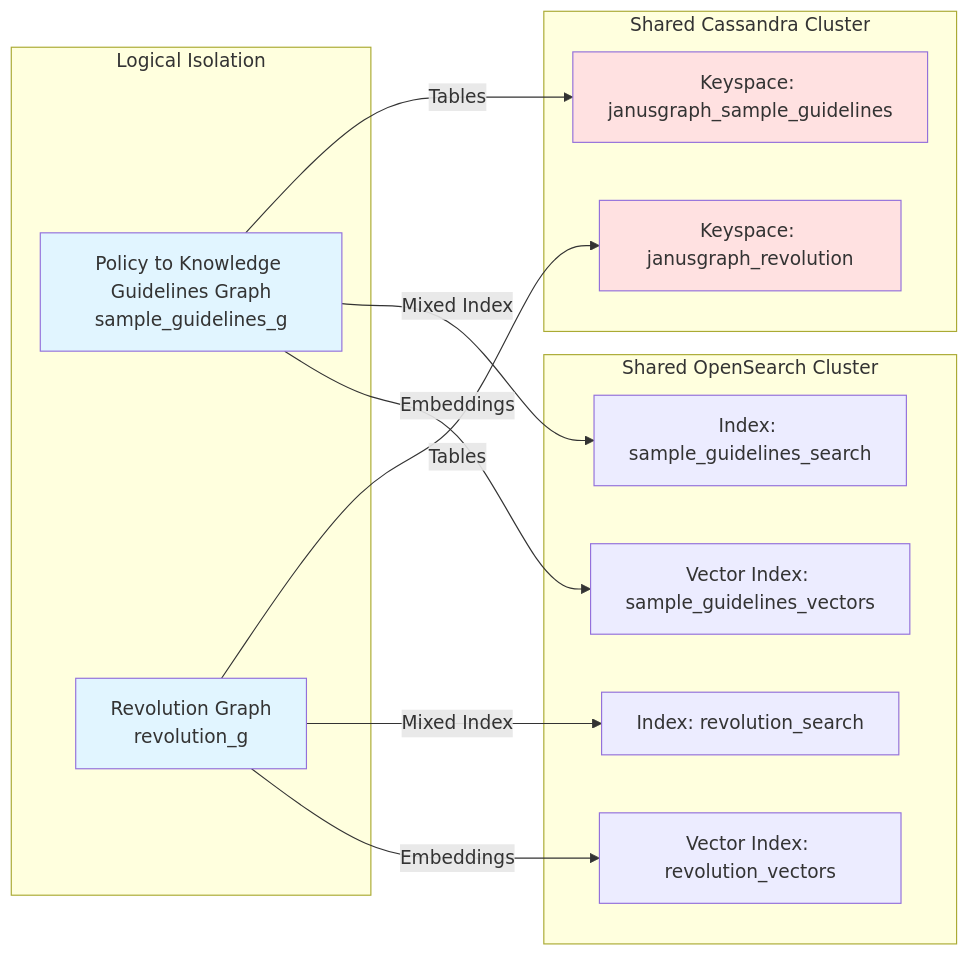
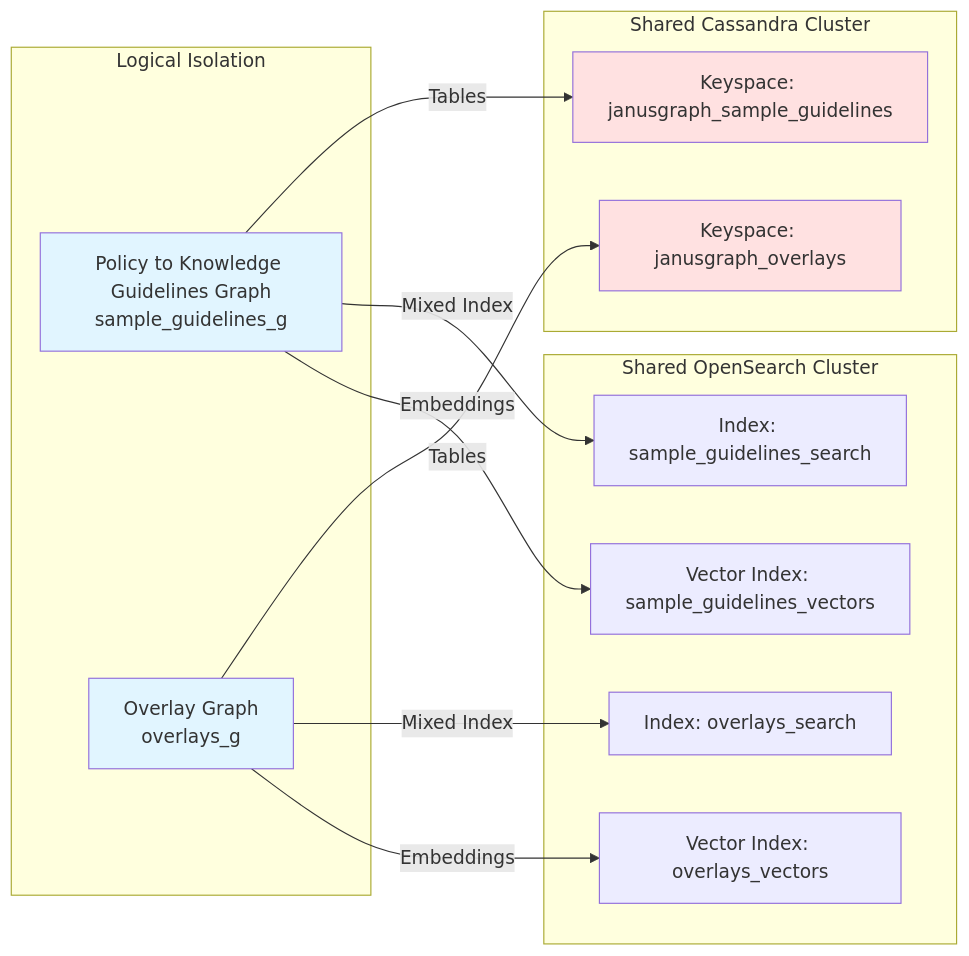
Before and after one commit to rrahimi-uci/policy-to-knowledge: the third of 5 diagrams in assistant/architecture.md, drawn with Mermaid. The commit also changed other lines of this file and 30 other files, not shown here.

````diff
--- a/assistant/architecture.md
+++ b/assistant/architecture.md
@@ -193,31 +193,31 @@
 ```mermaid
 graph LR
     subgraph "Logical Isolation"
         JG[Policy to Knowledge Guidelines Graph<br/>sample_guidelines_g]
-        RG[Revolution Graph<br/>revolution_g]
+        RG[Overlay Graph<br/>overlays_g]
     end
     
     subgraph "Shared Cassandra Cluster"
         KS1[Keyspace: janusgraph_sample_guidelines]
-        KS2[Keyspace: janusgraph_revolution]
+        KS2[Keyspace: janusgraph_overlays]
     end
     
     subgraph "Shared OpenSearch Cluster"
         IDX1[Index: sample_guidelines_search]
-        IDX2[Index: revolution_search]
+        IDX2[Index: overlays_search]
         VIDX1[Vector Index: sample_guidelines_vectors]
-        VIDX2[Vector Index: revolution_vectors]
+        VIDX2[Vector Index: overlays_vectors]
     end
     
     JG -->|Tables| KS1
     RG -->|Tables| KS2
     JG -->|Mixed Index| IDX1
     RG -->|Mixed Index| IDX2
     JG -->|Embeddings| VIDX1
     RG -->|Embeddings| VIDX2
     
     style JG fill:#e1f5ff
     style RG fill:#e1f5ff
     style KS1 fill:#ffe1e1
     style KS2 fill:#ffe1e1
 ```
````
